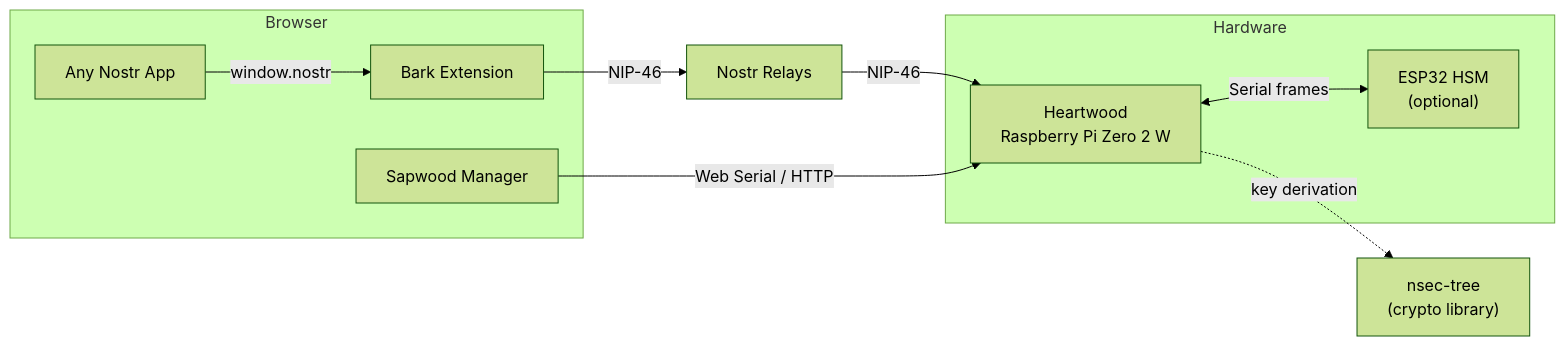
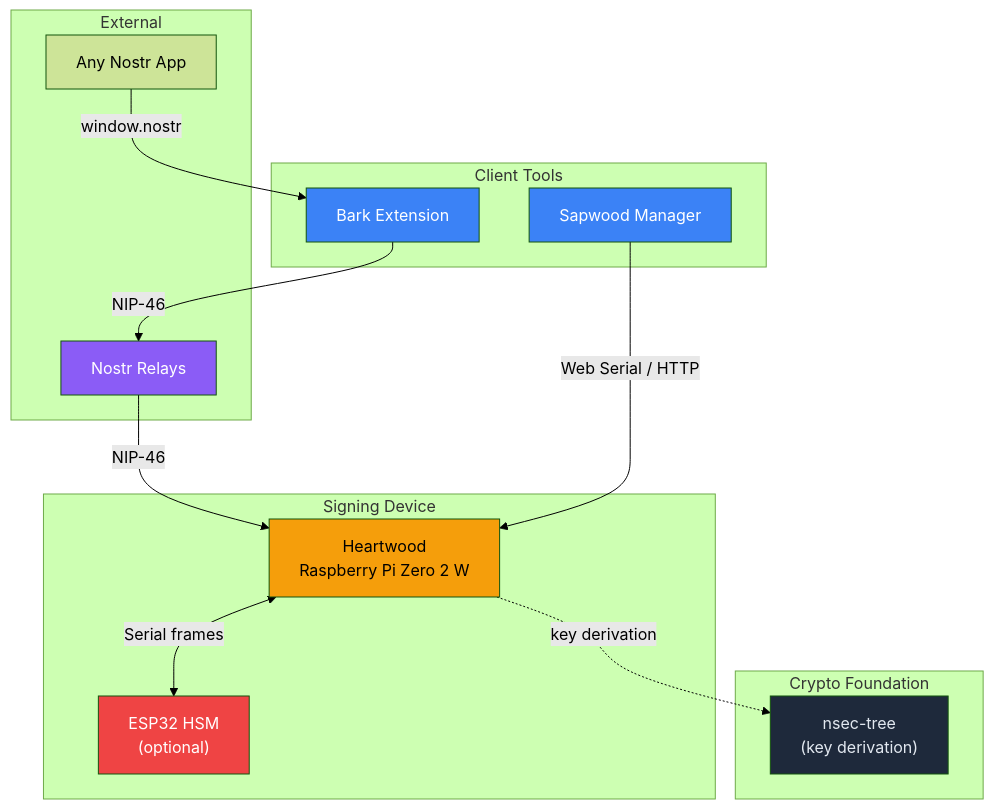
One commit to forgesworn/heartwood changed the first of 6 diagrams in docs/ECOSYSTEM.md. Above: the diagram before and after it, drawn with Mermaid (forest theme). The commit also changed other lines of this file, not shown here.

First line of the commit message:
style: apply ForgeSworn colour palette to ecosystem diagrams

````diff
--- a/docs/ECOSYSTEM.md
+++ b/docs/ECOSYSTEM.md
@@ -7,24 +7,35 @@
 ```mermaid
-graph LR
-    subgraph Browser
+graph TB
+    subgraph External["External"]
         WA["Any Nostr App"]
+        Relay["Nostr Relays"]
+    end
+
+    subgraph ClientLayer["Client Tools"]
         Bark["Bark Extension"]
         Sapwood["Sapwood Manager"]
     end
 
-    Relay["Nostr Relays"]
-
-    subgraph Hardware
+    subgraph DeviceLayer["Signing Device"]
         HW["Heartwood<br/>Raspberry Pi Zero 2 W"]
         ESP["ESP32 HSM<br/>(optional)"]
     end
 
-    NT["nsec-tree<br/>(crypto library)"]
+    subgraph CryptoLayer["Crypto Foundation"]
+        NT["nsec-tree<br/>(key derivation)"]
+    end
 
     WA -->|"window.nostr"| Bark
     Bark -->|"NIP-46"| Relay
     Relay -->|"NIP-46"| HW
+    Sapwood -->|"Web Serial / HTTP"| HW
     HW <-->|"Serial frames"| ESP
     HW -.->|"key derivation"| NT
-    Sapwood -->|"Web Serial / HTTP"| HW
+
+    style Bark fill:#3b82f6,color:#fff
+    style Sapwood fill:#3b82f6,color:#fff
+    style HW fill:#f59e0b,color:#000
+    style ESP fill:#ef4444,color:#fff
+    style NT fill:#1e293b,color:#e2e8f0
+    style Relay fill:#8b5cf6,color:#fff
 ```
````
